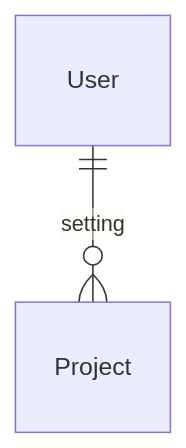
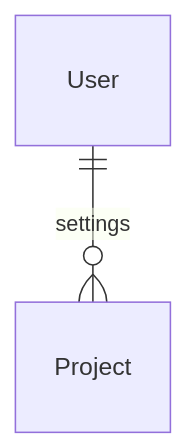
Before and after one commit to sooya12/SSAKINS: the diagram in README.md, drawn with Mermaid.

````diff
--- a/README.md
+++ b/README.md
@@ -167,4 +167,3 @@
 ```mermaid
-erDiagram
-	User ||--o{ Project : setting
+erDiagram User||--o{Project:settings
 ```
````
